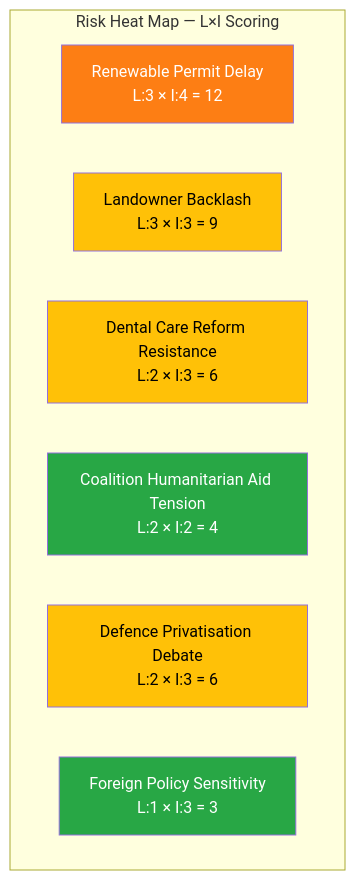
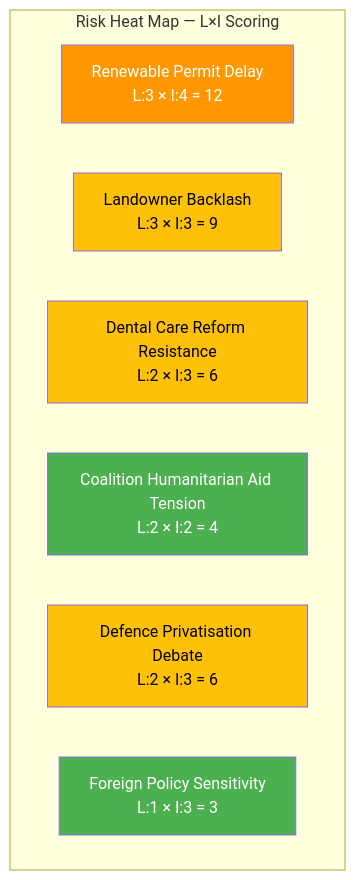
Before and after one commit to Hack23/riksdagsmonitor: the diagram in analysis/daily/2026-04-08/evening-analysis/risk-assessment.md, drawn with Mermaid. The commit also changed 785 other files, not shown here.

First line of the commit message:
Normalize mermaid colors across 786 analysis artifacts to ISMS Style Guide palette

````diff
--- a/analysis/daily/2026-04-08/evening-analysis/risk-assessment.md
+++ b/analysis/daily/2026-04-08/evening-analysis/risk-assessment.md
@@ -11,17 +11,17 @@
 ```mermaid
 graph TD
     subgraph "Risk Heat Map — L×I Scoring"
         R1["Renewable Permit Delay<br/>L:3 × I:4 = 12"]
         R2["Landowner Backlash<br/>L:3 × I:3 = 9"]
         R3["Dental Care Reform Resistance<br/>L:2 × I:3 = 6"]
         R4["Coalition Humanitarian Aid Tension<br/>L:2 × I:2 = 4"]
         R5["Defence Privatisation Debate<br/>L:2 × I:3 = 6"]
         R6["Foreign Policy Sensitivity<br/>L:1 × I:3 = 3"]
     end
-    style R1 fill:#fd7e14,color:#fff
-    style R2 fill:#ffc107,color:#000
-    style R3 fill:#ffc107,color:#000
-    style R4 fill:#28a745,color:#fff
-    style R5 fill:#ffc107,color:#000
-    style R6 fill:#28a745,color:#fff
+    style R1 fill:#FF9800,color:#FFFFFF
+    style R2 fill:#FFC107,color:#000000
+    style R3 fill:#FFC107,color:#000000
+    style R4 fill:#4CAF50,color:#FFFFFF
+    style R5 fill:#FFC107,color:#000000
+    style R6 fill:#4CAF50,color:#FFFFFF
 ```
````
